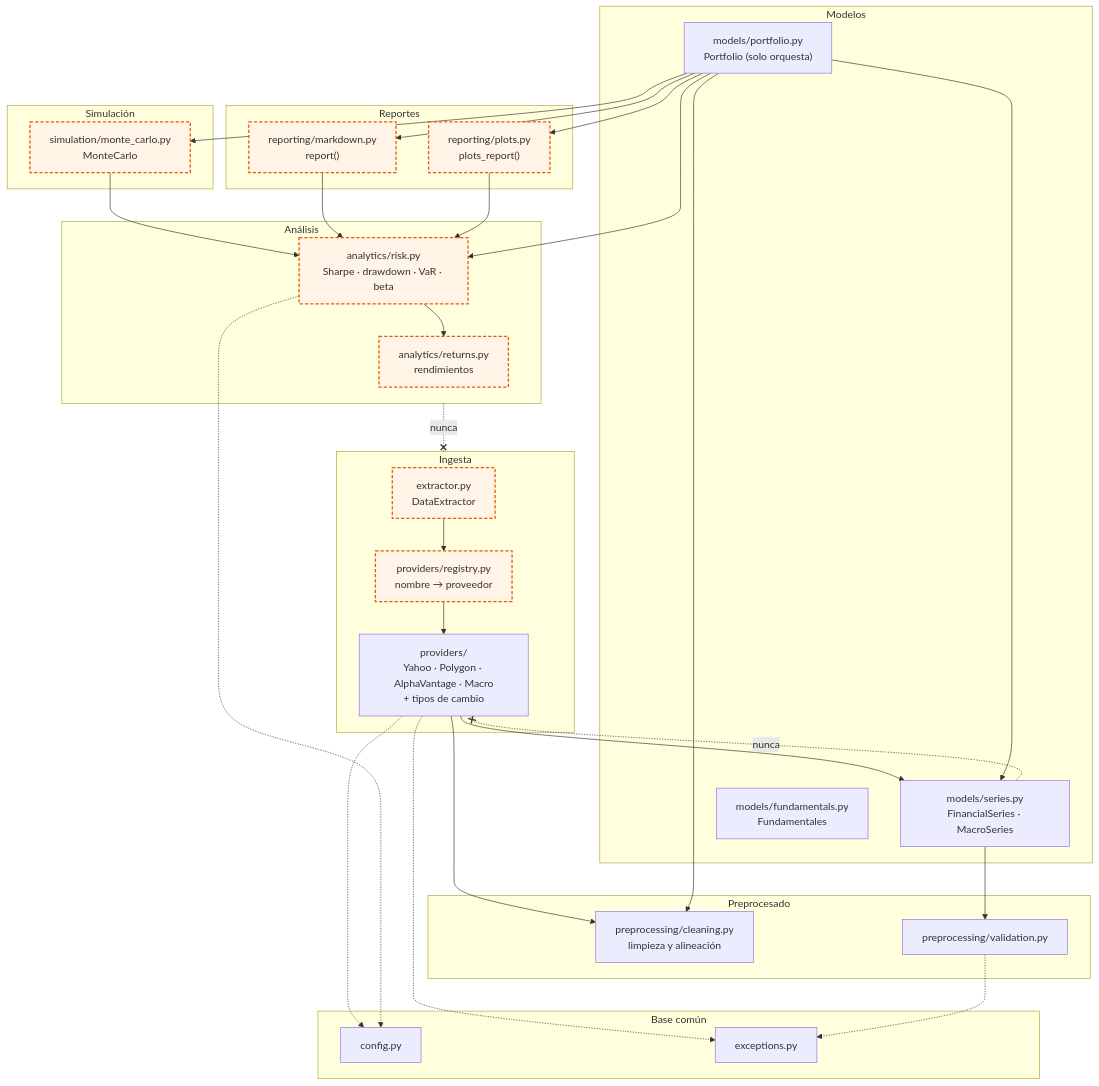
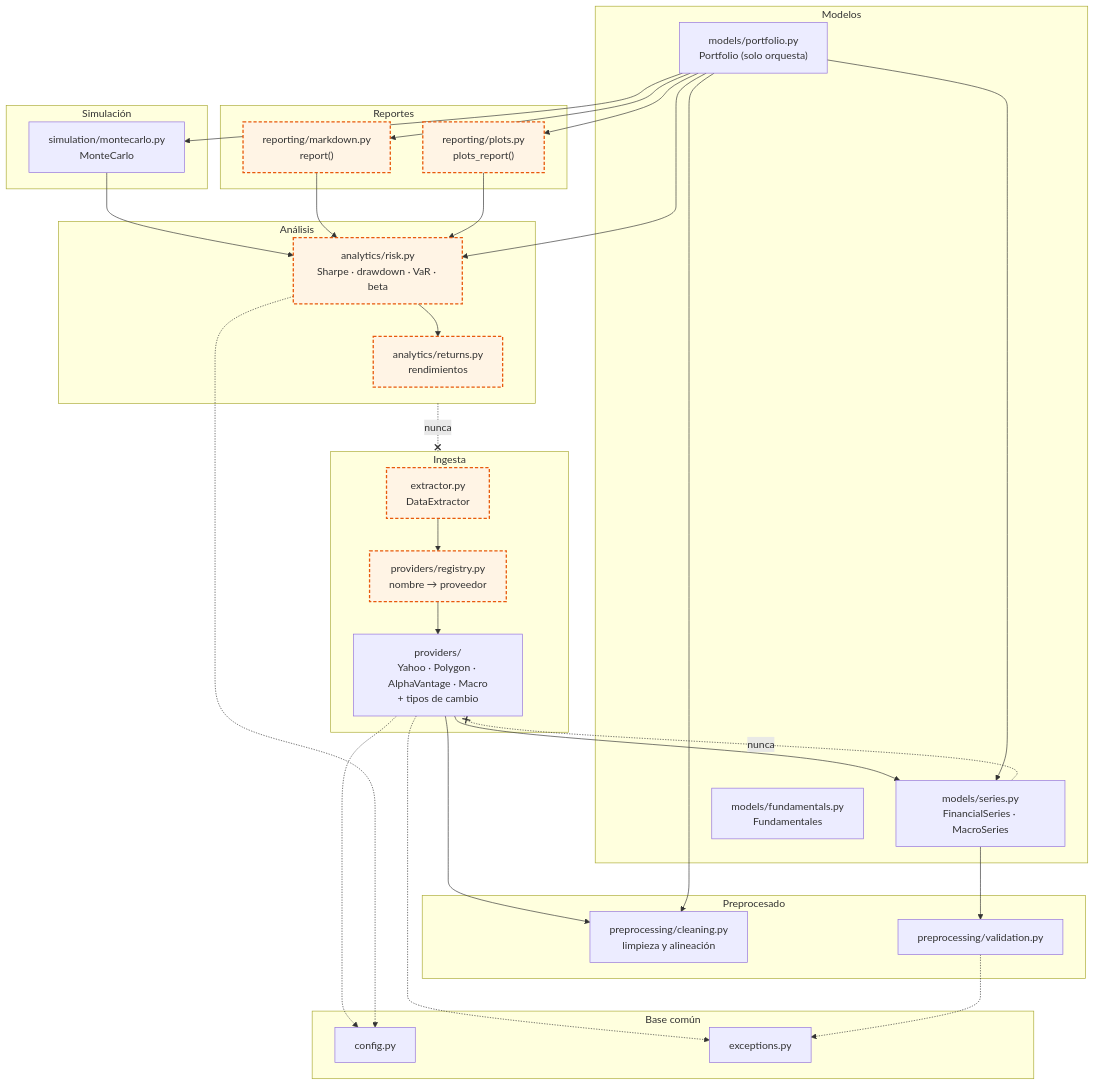
The second of 2 diagrams in docs/architecture/dependencias.md (JAVIIFDEEZ/market-toolkit), drawn with Mermaid before and after one commit. The commit also changed other lines of this file and 3 other files, not shown here.

````diff
--- a/docs/architecture/dependencias.md
+++ b/docs/architecture/dependencias.md
@@ -85,64 +88,64 @@
 ```mermaid
 flowchart TB
     subgraph ingesta["Ingesta"]
         extractor["extractor.py<br/>DataExtractor"]
         registry["providers/registry.py<br/>nombre → proveedor"]
         providers["providers/<br/>Yahoo · Polygon · AlphaVantage · Macro<br/>+ tipos de cambio"]
     end
 
     subgraph modelos["Modelos"]
         series["models/series.py<br/>FinancialSeries · MacroSeries"]
         fundamentals["models/fundamentals.py<br/>Fundamentales"]
         portfolio["models/portfolio.py<br/>Portfolio (solo orquesta)"]
     end
 
     subgraph prep["Preprocesado"]
         cleaning["preprocessing/cleaning.py<br/>limpieza y alineación"]
         validation["preprocessing/validation.py"]
     end
 
     subgraph analisis["Análisis"]
         returns["analytics/returns.py<br/>rendimientos"]
         risk["analytics/risk.py<br/>Sharpe · drawdown · VaR · beta"]
     end
 
     subgraph sim["Simulación"]
-        montecarlo["simulation/monte_carlo.py<br/>MonteCarlo"]
+        montecarlo["simulation/montecarlo.py<br/>MonteCarlo"]
     end
 
     subgraph salida["Reportes"]
         markdown["reporting/markdown.py<br/>report()"]
         plots["reporting/plots.py<br/>plots_report()"]
     end
 
     subgraph base["Base común"]
         config["config.py"]
         exceptions["exceptions.py"]
     end
 
     extractor --> registry --> providers
     providers --> series
     providers --> cleaning
     series --> validation
     portfolio --> series
     portfolio --> cleaning
     portfolio --> risk
     portfolio --> montecarlo
     portfolio --> markdown
     portfolio --> plots
     risk --> returns
     montecarlo --> risk
     markdown --> risk
     plots --> risk
 
     providers -.-> config
     providers -.-> exceptions
     validation -.-> exceptions
     risk -.-> config
 
     series -. "nunca" .-x providers
     analisis -. "nunca" .-x ingesta
 
     classDef pendiente fill:#fff4e5,stroke:#e8590c,stroke-width:2px,stroke-dasharray: 5 3
-    class extractor,registry,returns,risk,montecarlo,markdown,plots pendiente
+    class extractor,registry,returns,risk,markdown,plots pendiente
 ```
````
